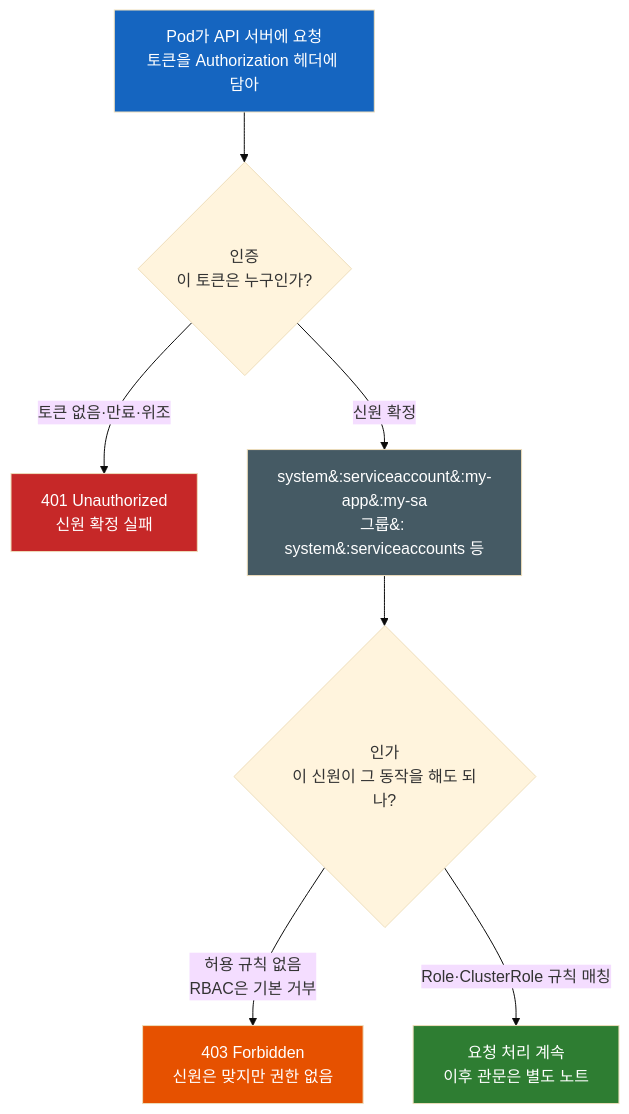
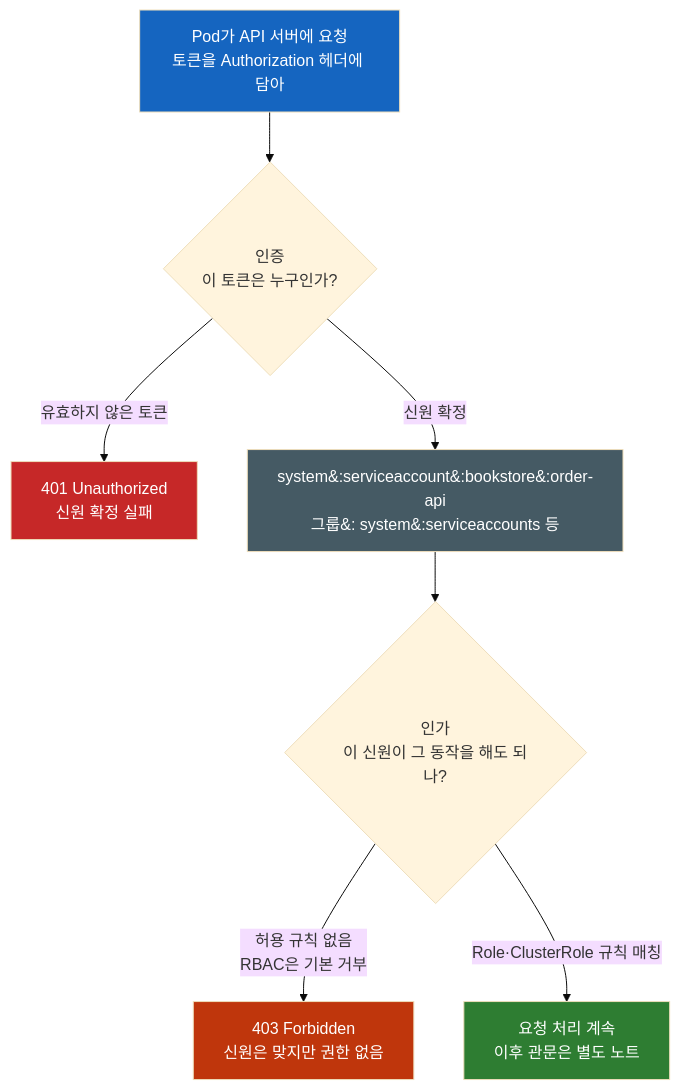
The first of 3 diagrams in kubernetes/Kubernetes-ServiceAccount-RBAC.md (sskim91/TIL), drawn with Mermaid (base theme) before and after one commit. The commit also changed other lines of this file and 39 other files, not shown here.

````diff
--- a/kubernetes/Kubernetes-ServiceAccount-RBAC.md
+++ b/kubernetes/Kubernetes-ServiceAccount-RBAC.md
@@ -15,16 +19,16 @@
 ```mermaid
 flowchart TD
     req["Pod가 API 서버에 요청<br>토큰을 Authorization 헤더에 담아"]
     req --> authn{"인증<br>이 토큰은 누구인가?"}
-    authn -->|"토큰 없음·만료·위조"| e401["401 Unauthorized<br>신원 확정 실패"]
-    authn -->|"신원 확정"| id["system&#58;serviceaccount&#58;my-app&#58;my-sa<br>그룹&#58; system&#58;serviceaccounts 등"]
+    authn -->|"유효하지 않은 토큰"| e401["401 Unauthorized<br>신원 확정 실패"]
+    authn -->|"신원 확정"| id["system&#58;serviceaccount&#58;bookstore&#58;order-api<br>그룹&#58; system&#58;serviceaccounts 등"]
     id --> authz{"인가<br>이 신원이 그 동작을 해도 되나?"}
     authz -->|"허용 규칙 없음<br>RBAC은 기본 거부"| e403["403 Forbidden<br>신원은 맞지만 권한 없음"]
     authz -->|"Role·ClusterRole 규칙 매칭"| ok["요청 처리 계속<br>이후 관문은 별도 노트"]
 
     style req fill:#1565C0,color:#fff
     style id fill:#455A64,color:#fff
     style e401 fill:#C62828,color:#fff
-    style e403 fill:#E65100,color:#fff
+    style e403 fill:#BF360C,color:#fff
     style ok fill:#2E7D32,color:#fff
 ```
````
